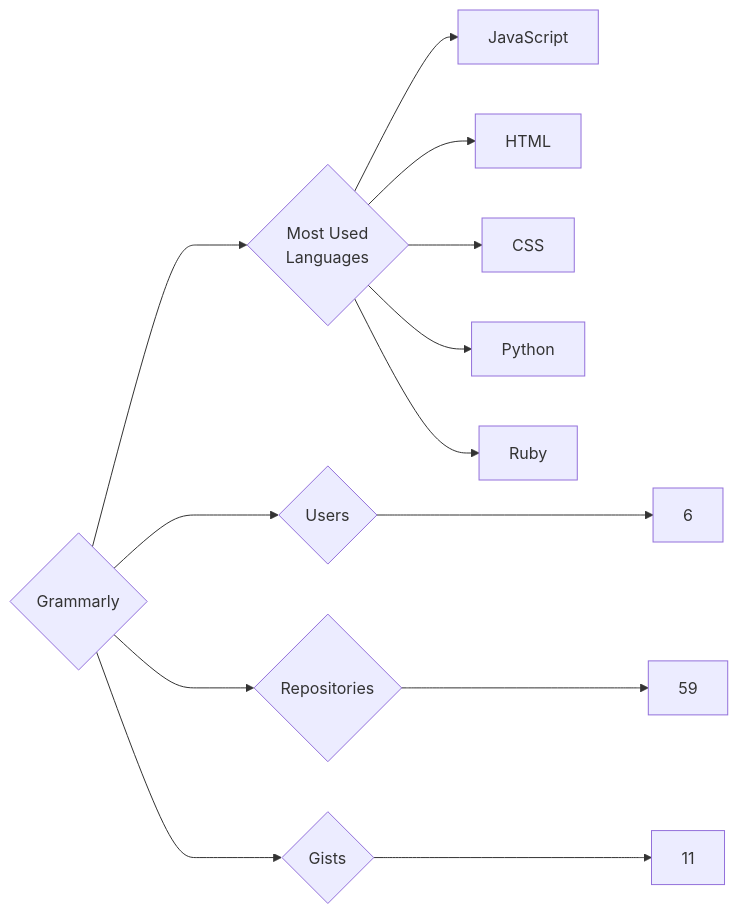
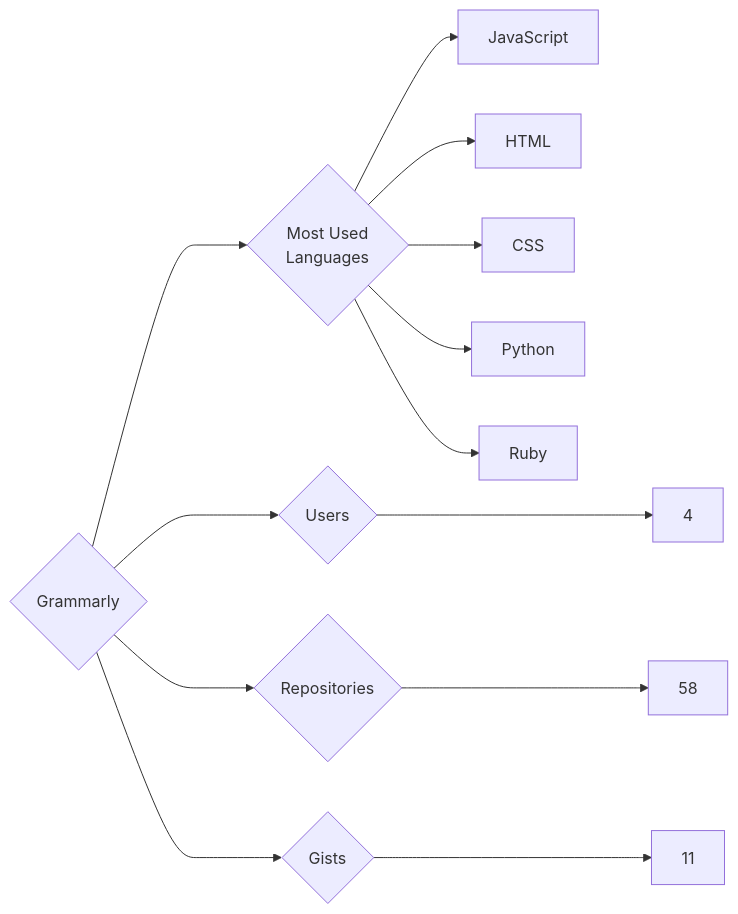
Before and after one commit to trickest/insiders: the diagram in targets/Grammarly/README.md, drawn with Mermaid. The commit also changed 938 other files, not shown here.

````diff
--- a/targets/Grammarly/README.md
+++ b/targets/Grammarly/README.md
@@ -3,13 +3,13 @@
 ```mermaid
 graph LR
 COMPANY_NAME{Grammarly}
-COMPANY_NAME ---> U{Users} ---> UN[6]
-COMPANY_NAME ---> R{Repositories} ---> RN[59]
+COMPANY_NAME ---> U{Users} ---> UN[4]
+COMPANY_NAME ---> R{Repositories} ---> RN[58]
 COMPANY_NAME ---> G{Gists} ---> GN[11]
 COMPANY_NAME ---> ML{Most Used<br>Languages}
 ML --> JavaScript[JavaScript]
 ML --> HTML[HTML]
 ML --> CSS[CSS]
 ML --> Python[Python]
 ML --> Ruby[Ruby]
 ```
````
